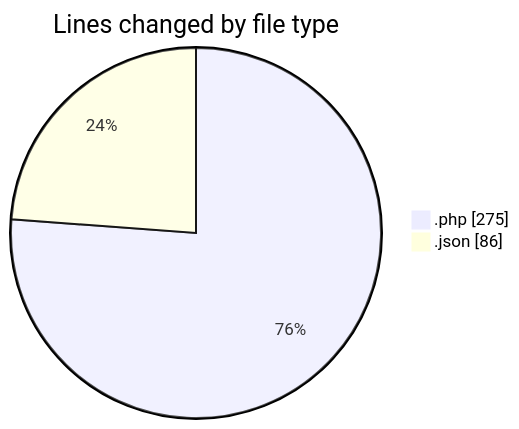
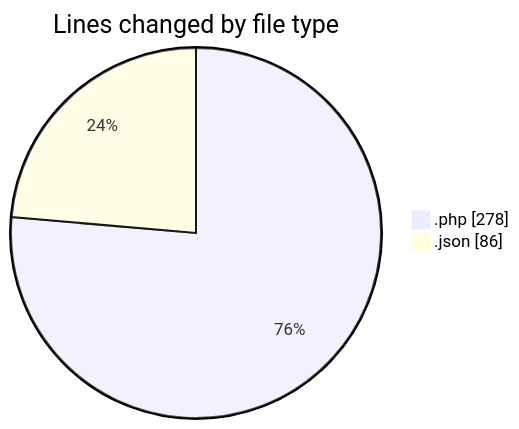
One commit to vahidmafi/code-tracking changed the first of 2 diagrams in 2025-04-11/zeytoon/README.md. Above: the diagram before and after it, drawn with Mermaid. The commit also changed other lines of this file and 1 other file, not shown here.

````diff
--- a/2025-04-11/zeytoon/README.md
+++ b/2025-04-11/zeytoon/README.md
@@ -23,6 +23,6 @@
 ```mermaid
 pie showData
 title Lines changed by file type
-".php" : 275
+".php" : 278
 ".json" : 86
 ```
````
